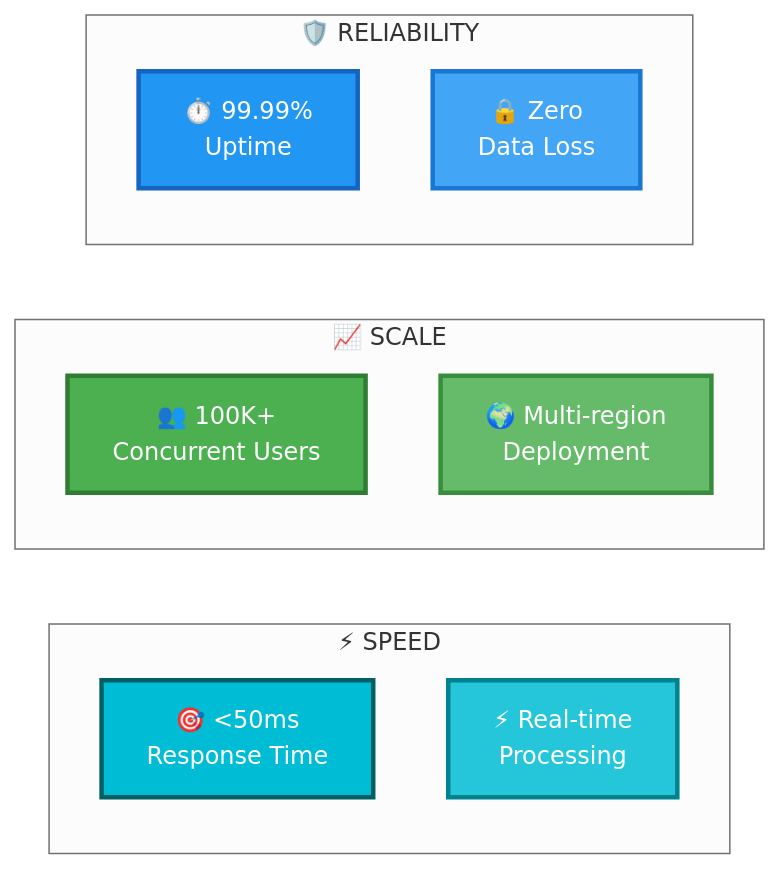
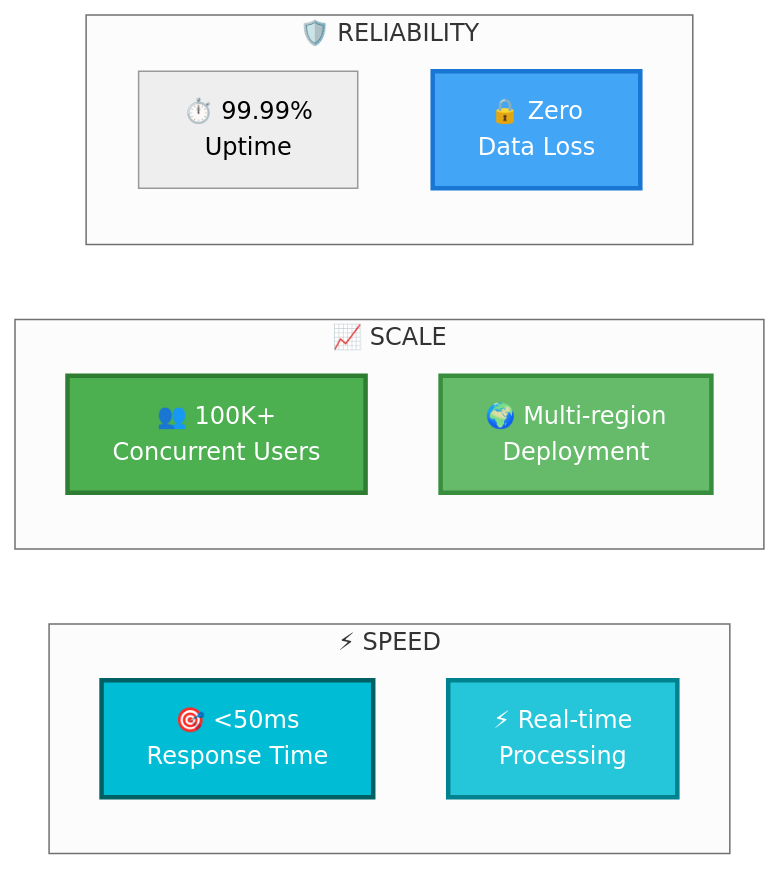
One commit to AnupamSingh2004/Safer changed the seventh of 8 diagrams in architecture.md. Above: the diagram before and after it, drawn with Mermaid (neutral theme). The commit also changed other lines of this file and 4 other files, not shown here.

````diff
--- a/architecture.md
+++ b/architecture.md
@@ -211,24 +205,23 @@
 ```mermaid
 graph LR
     subgraph "⚡ SPEED"
         M1[🎯 <50ms<br/>Response Time]
         M2[⚡ Real-time<br/>Processing]
     end
     
     subgraph "📈 SCALE"
         M3[👥 100K+<br/>Concurrent Users]
         M4[🌍 Multi-region<br/>Deployment]
     end
     
     subgraph "🛡️ RELIABILITY"
         M5[⏱️ 99.99%<br/>Uptime]
         M6[🔒 Zero<br/>Data Loss]
     end
     
     style M1 fill:#00BCD4,stroke:#006064,stroke-width:3px,color:#fff
     style M2 fill:#26C6DA,stroke:#00838F,stroke-width:3px,color:#fff
     style M3 fill:#4CAF50,stroke:#2E7D32,stroke-width:3px,color:#fff
     style M4 fill:#66BB6A,stroke:#388E3C,stroke-width:3px,color:#fff
-    style M5 fill:#2196F3,stroke:#1565C0,stroke-width:3px,color:#fff
     style M6 fill:#42A5F5,stroke:#1976D2,stroke-width:3px,color:#fff
 ```
````
